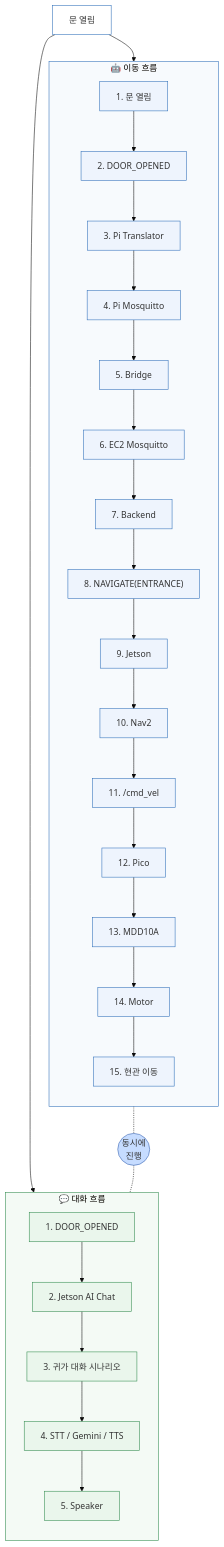
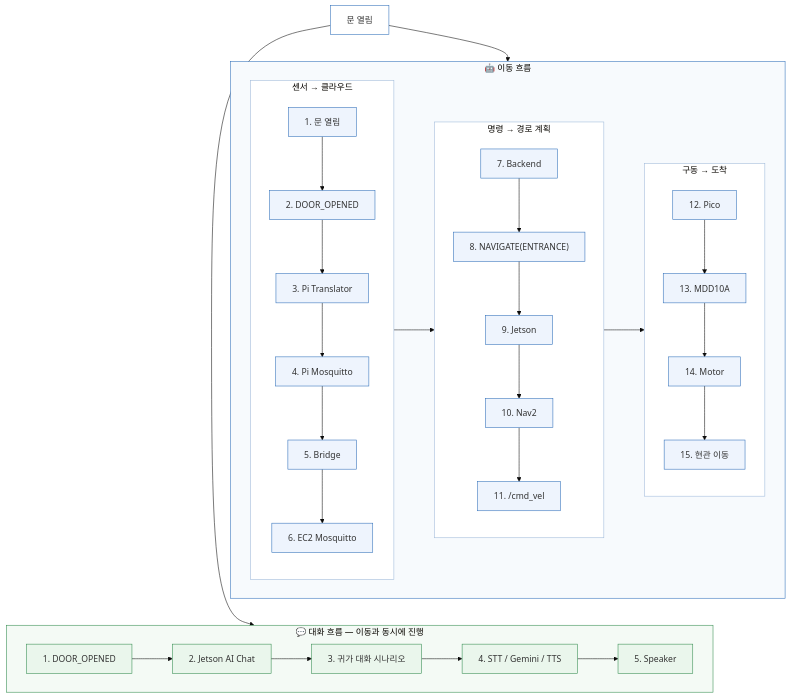
Before and after one commit to bomi-aiot/BOMI: the first of 2 diagrams in README.md, drawn with Mermaid (base theme).

Commit message:
docs: 귀가 시나리오 Mermaid 배치 개선 — 이동 15단계를 3기둥으로 접기
한 기둥 15단계가 만들던 세로 길이와 우측 여백을 해소. 이동 흐름을
센서→클라우드 / 명령→경로 계획 / 구동→도착 3기둥(각 4~6단계)으로 접어
가로 폭을 채우고, 대화 흐름 5단계는 아래 가로 한 줄로 배치.
'동시에 진행' 표기는 대화 흐름 제목에 통합. 순번 1~15 는 원본 그대로.

````diff
--- a/README.md
+++ b/README.md
@@ -67,39 +67,50 @@
 ```mermaid
 flowchart TB
     accTitle: 귀가 시나리오 — 센서부터 로봇 이동·음성 응답까지
-    accDescr: 문 열림 이벤트 하나가 이동 흐름 15단계와 대화 흐름 5단계로 갈라져 전체 시스템을 지나는 구조. 원본 인포그래픽과 동일한 구성입니다. 두 흐름이 좌우로 나란히, 단계는 세로로 진행합니다.
+    accDescr: 문 열림 이벤트가 이동 흐름 15단계와 대화 흐름 5단계로 갈라지는 구조. 이동 흐름은 세 기둥으로 접어 가로 폭을 채웠습니다.
     classDef door fill:#ffffff,stroke:#2b6cb8
     classDef move fill:#eef4fd,stroke:#2b6cb8
     classDef chat fill:#eaf6ec,stroke:#2f8a4c
     classDef badge fill:#c6dcff,stroke:#305bab
 
     DO["문 열림"]:::door
 
     subgraph MOVE["🤖 이동 흐름"]
-        direction TB
-        M1["1. 문 열림"]:::move --> M2["2. DOOR_OPENED"]:::move
-        M2 --> M3["3. Pi Translator"]:::move --> M4["4. Pi Mosquitto"]:::move
-        M4 --> M5["5. Bridge"]:::move --> M6["6. EC2 Mosquitto"]:::move
-        M6 --> M7["7. Backend"]:::move --> M8["8. NAVIGATE(ENTRANCE)"]:::move
-        M8 --> M9["9. Jetson"]:::move --> M10["10. Nav2"]:::move
-        M10 --> M11["11. /cmd_vel"]:::move --> M12["12. Pico"]:::move
-        M12 --> M13["13. MDD10A"]:::move --> M14["14. Motor"]:::move
-        M14 --> M15["15. 현관 이동"]:::move
+        direction LR
+        subgraph MA["센서 → 클라우드"]
+            direction TB
+            M1["1. 문 열림"]:::move --> M2["2. DOOR_OPENED"]:::move
+            M2 --> M3["3. Pi Translator"]:::move --> M4["4. Pi Mosquitto"]:::move
+            M4 --> M5["5. Bridge"]:::move --> M6["6. EC2 Mosquitto"]:::move
+        end
+        subgraph MB["명령 → 경로 계획"]
+            direction TB
+            M7["7. Backend"]:::move --> M8["8. NAVIGATE(ENTRANCE)"]:::move
+            M8 --> M9["9. Jetson"]:::move --> M10["10. Nav2"]:::move
+            M10 --> M11["11. /cmd_vel"]:::move
+        end
+        subgraph MC["구동 → 도착"]
+            direction TB
+            M12["12. Pico"]:::move --> M13["13. MDD10A"]:::move
+            M13 --> M14["14. Motor"]:::move --> M15["15. 현관 이동"]:::move
+        end
+        MA --> MB --> MC
     end
 
-    subgraph TALK["💬 대화 흐름"]
-        direction TB
+    subgraph TALK["💬 대화 흐름 — 이동과 동시에 진행"]
+        direction LR
         C1["1. DOOR_OPENED"]:::chat --> C2["2. Jetson AI Chat"]:::chat
         C2 --> C3["3. 귀가 대화 시나리오"]:::chat
         C3 --> C4["4. STT / Gemini / TTS"]:::chat --> C5["5. Speaker"]:::chat
     end
 
-    BADGE(("동시에<br/>진행")):::badge
-
     DO --> MOVE
     DO --> TALK
-    MOVE -.- BADGE -.- TALK
+    MOVE ~~~ TALK
 
     style MOVE fill:#f7fafd,stroke:#2b6cb8
+    style MA fill:#ffffff,stroke:#9db8d9
+    style MB fill:#ffffff,stroke:#9db8d9
+    style MC fill:#ffffff,stroke:#9db8d9
     style TALK fill:#f4faf5,stroke:#2f8a4c
 ```
````
